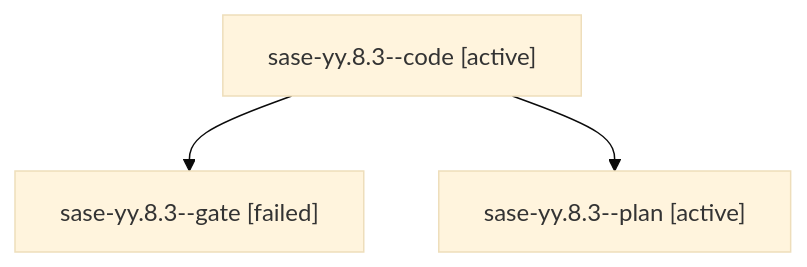
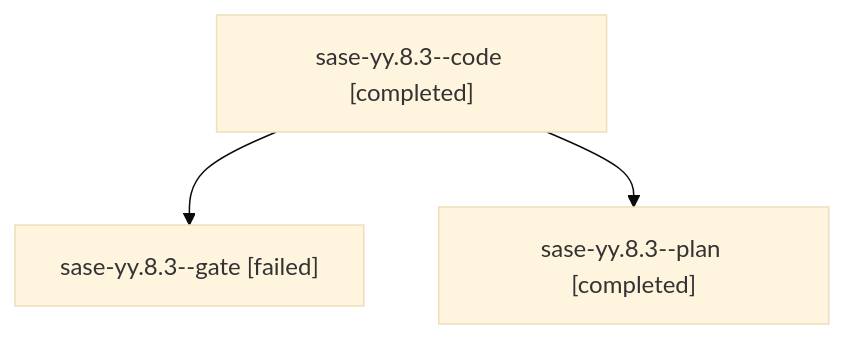
The diagram in families/bbugyi200.athena.sase-yy.8.3.md (sase-org/sase--agents), drawn with Mermaid (base theme) before and after one commit. The commit also changed other lines of this file and 120 other files, not shown here.

````diff
--- a/families/bbugyi200.athena.sase-yy.8.3.md
+++ b/families/bbugyi200.athena.sase-yy.8.3.md
@@ -9,8 +9,8 @@
 ```mermaid
 flowchart TD
-  n0["sase-yy.8.3--code [active]"]
+  n0["sase-yy.8.3--code [completed]"]
   n1["sase-yy.8.3--gate [failed]"]
   n0 --> n1
-  n2["sase-yy.8.3--plan [active]"]
+  n2["sase-yy.8.3--plan [completed]"]
   n0 --> n2
 ```
````
